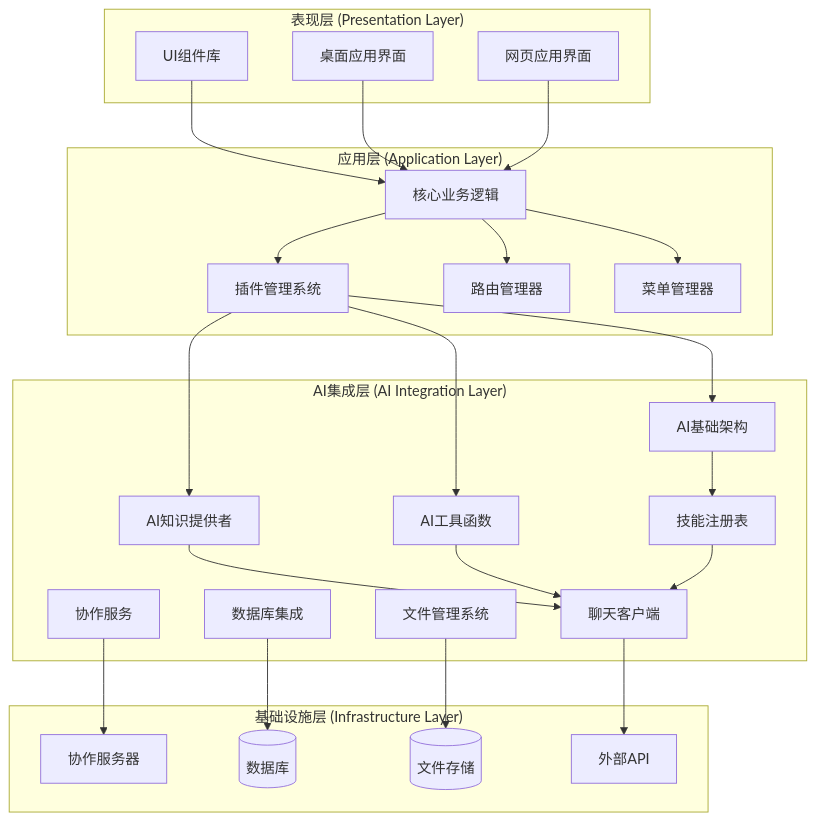
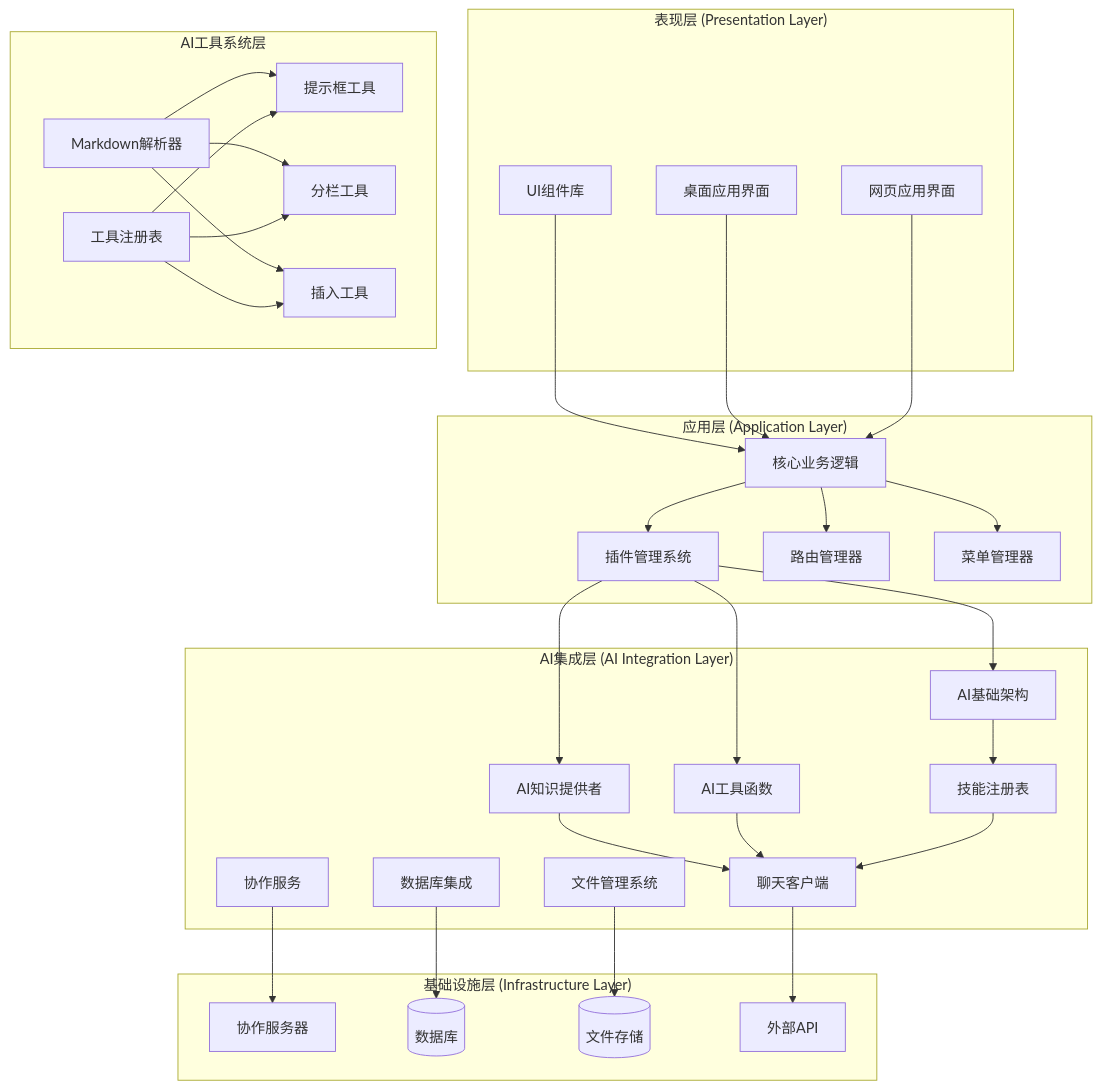
Before and after one commit to LRF0422/Kotion: the fourth of 26 diagrams in .qoder/repowiki/zh/content/功能模块/AI插件/AI基础架构系统/AI基础架构系统.md, drawn with Mermaid. The commit also changed other lines of this file and 14 other files, not shown here.

````diff
--- a/.qoder/repowiki/zh/content/功能模块/AI插件/AI基础架构系统/AI基础架构系统.md
+++ b/.qoder/repowiki/zh/content/功能模块/AI插件/AI基础架构系统/AI基础架构系统.md
@@ -233,47 +247,60 @@
 ```mermaid
 graph TB
 subgraph "表现层 (Presentation Layer)"
 UIComponents[UI组件库]
 DesktopUI[桌面应用界面]
 WebUI[网页应用界面]
 end
 subgraph "应用层 (Application Layer)"
 CoreLogic[核心业务逻辑]
 PluginManager[插件管理系统]
 RouteManager[路由管理器]
 MenuManager[菜单管理器]
 end
 subgraph "AI集成层 (AI Integration Layer)"
 AIKnowledgeProvider[AI知识提供者]
 AIUtils[AI工具函数]
 AIFoundation[AI基础架构]
 SkillRegistry[技能注册表]
 ChatClient[聊天客户端]
 FileManagement[文件管理系统]
 DatabaseIntegration[数据库集成]
 Collaboration[协作服务]
+end
+subgraph "AI工具系统层"
+MarkdownParser[Markdown解析器]
+CalloutTools[提示框工具]
+ColumnsTools[分栏工具]
+InsertTools[插入工具]
+ToolRegistry[工具注册表]
 end
 subgraph "基础设施层 (Infrastructure Layer)"
 RoomServer[协作服务器]
 Database[(数据库)]
 Storage[(文件存储)]
 ExternalAPIs[外部API]
 end
 UIComponents --> CoreLogic
 DesktopUI --> CoreLogic
 WebUI --> CoreLogic
 CoreLogic --> PluginManager
 CoreLogic --> RouteManager
 CoreLogic --> MenuManager
 PluginManager --> AIKnowledgeProvider
 PluginManager --> AIUtils
 PluginManager --> AIFoundation
 AIKnowledgeProvider --> ChatClient
 AIUtils --> ChatClient
 AIFoundation --> SkillRegistry
 SkillRegistry --> ChatClient
 ChatClient --> ExternalAPIs
 FileManagement --> Storage
 DatabaseIntegration --> Database
 Collaboration --> RoomServer
+MarkdownParser --> CalloutTools
+MarkdownParser --> ColumnsTools
+MarkdownParser --> InsertTools
+ToolRegistry --> CalloutTools
+ToolRegistry --> ColumnsTools
+ToolRegistry --> InsertTools
 ```
````
